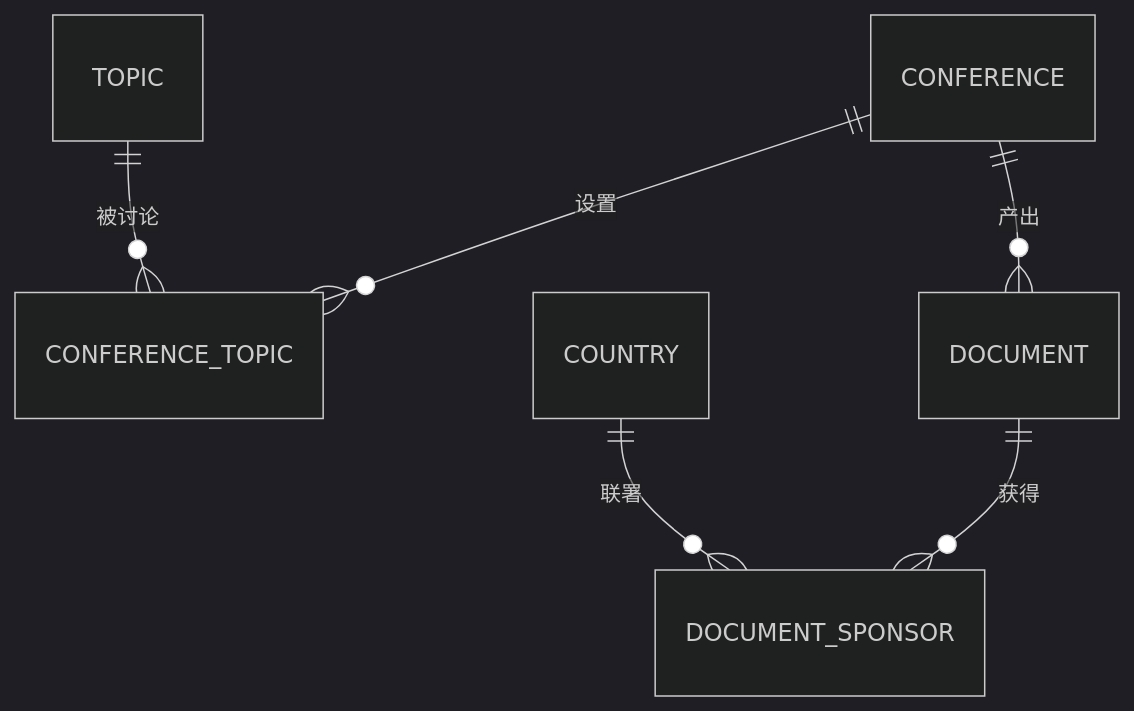
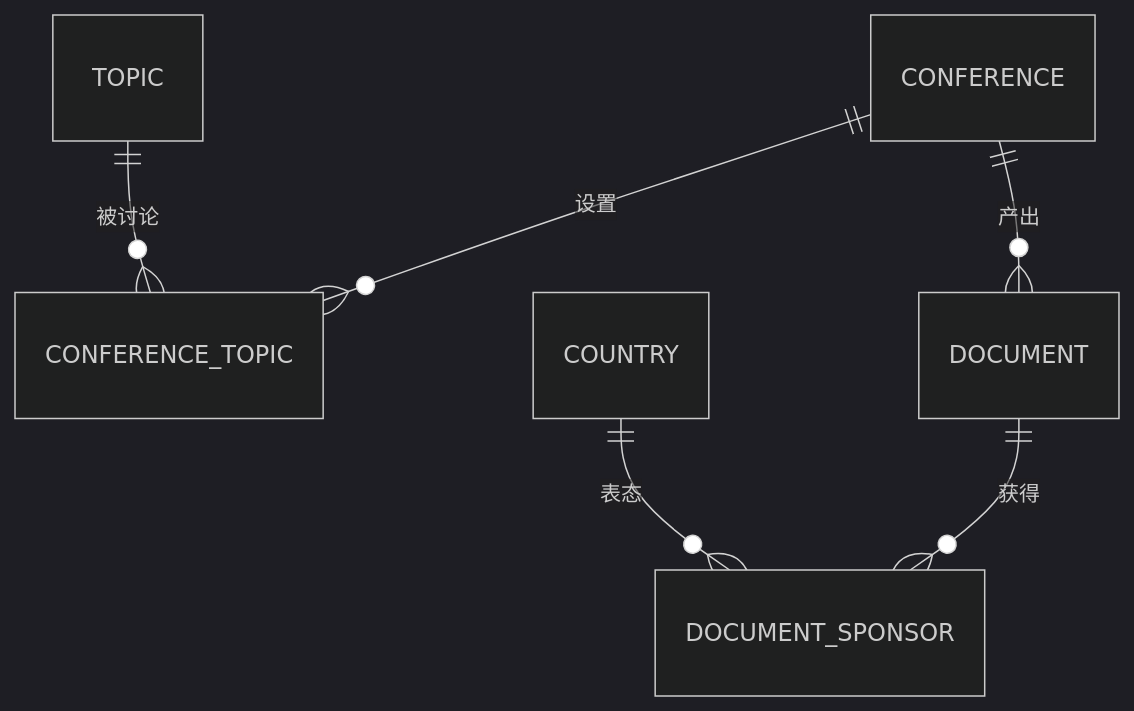
Before and after one commit to MuChen-ye/multilateral-diplomacy-system-schoolwork-: the second of 4 diagrams in project/README.md, drawn with Mermaid (dark theme). The commit also changed other lines of this file and 7 other files, not shown here.

````diff
--- a/project/README.md
+++ b/project/README.md
@@ -84,8 +84,8 @@
 ```mermaid
 erDiagram
     CONFERENCE ||--o{ CONFERENCE_TOPIC : "设置"
     TOPIC ||--o{ CONFERENCE_TOPIC : "被讨论"
     CONFERENCE ||--o{ DOCUMENT : "产出"
     DOCUMENT ||--o{ DOCUMENT_SPONSOR : "获得"
-    COUNTRY ||--o{ DOCUMENT_SPONSOR : "联署"
+    COUNTRY ||--o{ DOCUMENT_SPONSOR : "表态"
 ```
````
